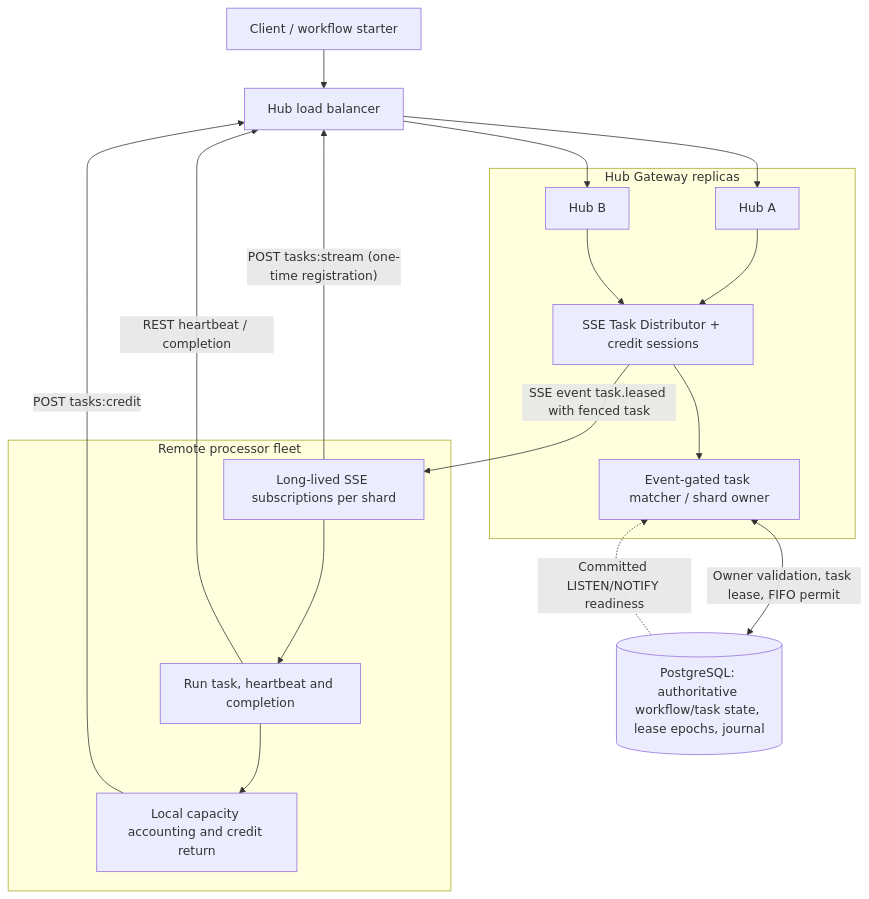
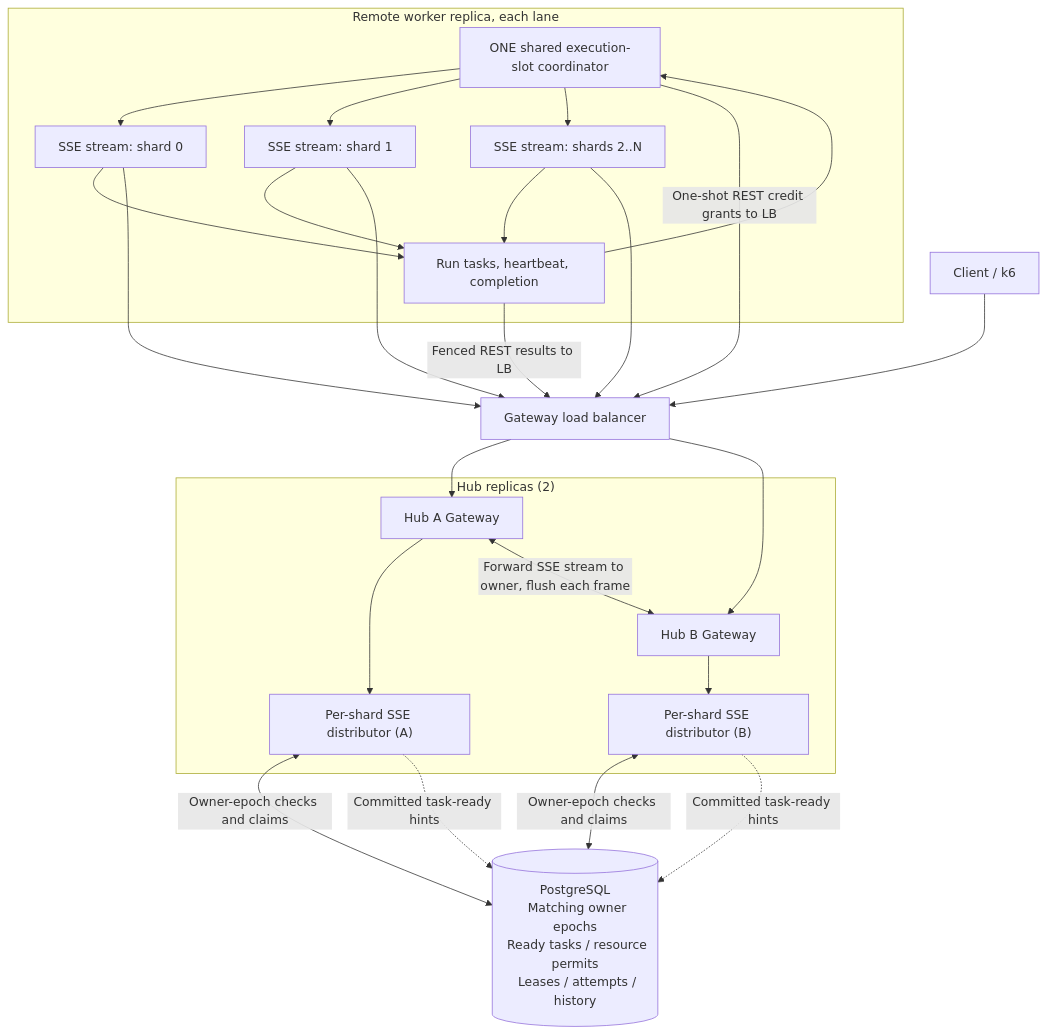
Before and after one commit to thanhhaictld/workflow-core: the first of 3 diagrams in scaling/docs/sse-task-distributor.md, drawn with Mermaid. The commit also changed other lines of this file, not shown here.

Commit message:
docs(sse): update architecture and failover sequences for dynamic one-shot credits

````diff
--- a/scaling/docs/sse-task-distributor.md
+++ b/scaling/docs/sse-task-distributor.md
@@ -7,23 +9,42 @@
 ```mermaid
 flowchart TB
-    Client["Client / workflow starter"] --> LB["Hub load balancer"]
-    subgraph HubCluster["Hub Gateway replicas"]
-      A["Hub A"] --> D["SSE Task Distributor + credit sessions"]
-      B["Hub B"] --> D
-      D --> M["Event-gated task matcher / shard owner"]
-    end
-    LB --> A
-    LB --> B
-    M <-->|"Owner validation, task lease, FIFO permit"| PG[("PostgreSQL: authoritative workflow/task state, lease epochs, journal")]
-    PG -.->|"Committed LISTEN/NOTIFY readiness"| M
-    subgraph Workers["Remote processor fleet"]
-      S["Long-lived SSE subscriptions per shard"]
-      C["Local capacity accounting and credit return"]
-      X["Run task, heartbeat and completion"]
-      S --> X --> C
-    end
-    S -->|"POST tasks:stream (one-time registration)"| LB
-    D -->|"SSE event task.leased with fenced task"| S
-    C -->|"POST tasks:credit"| LB
-    X -->|"REST heartbeat / completion"| LB
+  Client["Client / k6"] --> LB["Gateway load balancer"]
+  subgraph HubCluster["Hub replicas (2)"]
+    HA["Hub A Gateway"]
+    HB["Hub B Gateway"]
+    DA["Per-shard SSE distributor (A)"]
+    DB["Per-shard SSE distributor (B)"]
+    HA --> DA
+    HB --> DB
+  end
+  LB --> HA
+  LB --> HB
+  PG[("PostgreSQL
+  Matching owner epochs
+  Ready tasks / resource permits
+  Leases / attempts / history")]
+  DA <-->|"Owner-epoch checks and claims"| PG
+  DB <-->|"Owner-epoch checks and claims"| PG
+  DA -.->|"Committed task-ready hints"| PG
+  DB -.->|"Committed task-ready hints"| PG
+  subgraph Workers["Remote worker replica, each lane"]
+    C["ONE shared execution-slot coordinator"]
+    S0["SSE stream: shard 0"]
+    S1["SSE stream: shard 1"]
+    SN["SSE stream: shards 2..N"]
+    X["Run tasks, heartbeat, completion"]
+    C --> S0
+    C --> S1
+    C --> SN
+    S0 --> X
+    S1 --> X
+    SN --> X
+    X --> C
+  end
+  S0 --> LB
+  S1 --> LB
+  SN --> LB
+  HA <-->|"Forward SSE stream to owner, flush each frame"| HB
+  C -->|"One-shot REST credit grants to LB"| LB
+  X -->|"Fenced REST results to LB"| LB
 ```
````
